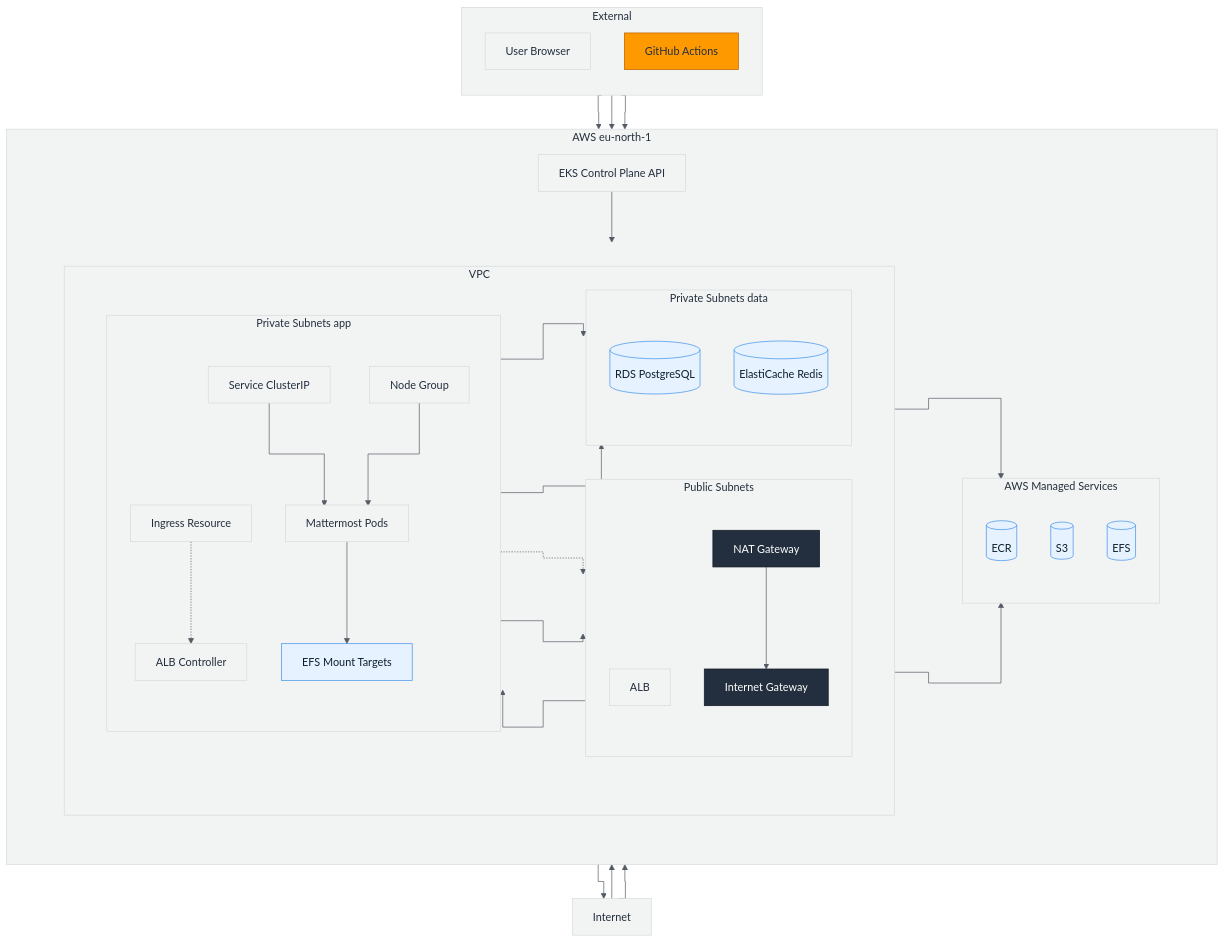
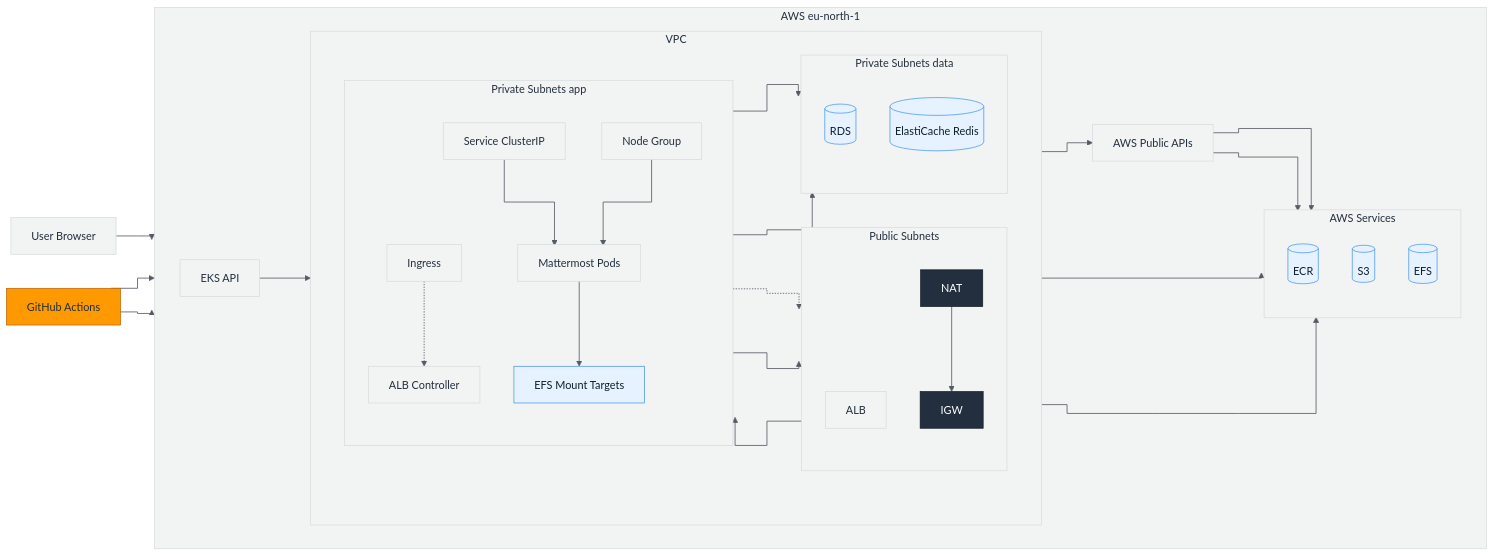
One commit to saeed0000000/project-mattermost changed the diagram in docs/architecture-diagram.md. Above: the diagram before and after it, drawn with Mermaid.

Commit message:
docs: simplify architecture diagram for cleaner routing

````diff
--- a/docs/architecture-diagram.md
+++ b/docs/architecture-diagram.md
@@ -10,67 +10,65 @@
   'tertiaryColor':'#F2F3F3'
 },'flowchart':{'curve':'stepAfter'}}}%%
 
-flowchart TB
-  %% External actors
-  subgraph ext[External]
-    direction TB
-    user[User Browser]
-    gha[GitHub Actions]
-  end
-
-  internet[Internet]
+flowchart LR
+  %% External
+  user[User Browser]
+  gha[GitHub Actions]
 
   subgraph aws[AWS eu-north-1]
-    direction TB
-    ekscp[EKS Control Plane API]
+    direction LR
 
-    subgraph row[ ]
+    ekscp[EKS API]
+
+    subgraph vpc[VPC]
       direction LR
 
-      subgraph vpc[VPC]
-        direction LR
-
-        subgraph pub[Public Subnets]
-          direction TB
-          alb[ALB]
-          nat[NAT Gateway]
-          igw[Internet Gateway]
-        end
-
-        subgraph privApp[Private Subnets app]
-          direction TB
-          ing[Ingress Resource]
-          lbc[ALB Controller]
-          svc[Service ClusterIP]
-          mm[Mattermost Pods]
-          ng[Node Group]
-          efsmt[EFS Mount Targets]
-        end
-
-        subgraph privData[Private Subnets data]
-          direction TB
-          rds[(RDS PostgreSQL)]
-          cache[(ElastiCache Redis)]
-        end
+      subgraph pub[Public Subnets]
+        direction TB
+        alb[ALB]
+        nat[NAT]
+        igw[IGW]
       end
 
-      subgraph services[AWS Managed Services]
+      subgraph privApp[Private Subnets app]
         direction TB
-        ecr[(ECR)]
-        s3[(S3)]
-        efs[(EFS)]
+        ing[Ingress]
+        lbc[ALB Controller]
+        svc[Service ClusterIP]
+        mm[Mattermost Pods]
+        ng[Node Group]
+        efsmt[EFS Mount Targets]
       end
+
+      subgraph privData[Private Subnets data]
+        direction TB
+        rds[(RDS)]
+        cache[(ElastiCache Redis)]
+      end
+    end
+
+    awsapi[AWS Public APIs]
+
+    subgraph services[AWS Services]
+      direction TB
+      ecr[(ECR)]
+      s3[(S3)]
+      efs[(EFS)]
     end
   end
 
-  %% Traffic path
+  %% Traffic
   user --> alb --> svc --> mm
 
-  %% Ingress provisions ALB via the controller (conceptual)
+  %% Ingress provisions ALB (conceptual)
   ing -.-> lbc
   lbc -.-> alb
 
-  %% Control plane schedules workloads onto nodes
+  %% CI/CD
+  gha --> ecr
+  gha --> ekscp
+
+  %% Scheduling
   ekscp --> ng --> mm
 
   %% App dependencies
@@ -79,15 +77,10 @@
   mm --> s3
   mm --> efsmt --> efs
 
-  %% CI/CD
-  gha --> ecr
-  gha --> ekscp
-
-  %% Image pulls / outbound to AWS services (no VPC endpoints)
-  ng --> nat --> igw
-  igw --> internet
-  internet --> ecr
-  internet --> s3
+  %% Outbound to AWS APIs (no VPC endpoints)
+  ng --> nat --> igw --> awsapi
+  awsapi --> ecr
+  awsapi --> s3
 
   %% Styling
   classDef awsfill fill:#FF9900,stroke:#B85E00,color:#232F3E;
@@ -95,15 +88,13 @@
   classDef light fill:#F2F3F3,stroke:#D5DBDB,color:#232F3E;
   classDef data fill:#E6F2FF,stroke:#3B8EEA,color:#0B1F2A;
 
-  class ext,aws,vpc,pub,privApp,privData,services light;
+  class aws,vpc,pub,privApp,privData,services light;
   class igw,nat dark;
   class gha awsfill;
   class user light;
-  class internet light;
-  class ekscp light;
+  class ekscp,awsapi light;
   class alb,ng,lbc,ing,svc,mm light;
   class rds,cache,ecr,s3,efs,efsmt data;
 
-  %% Hide the helper layout container
-  style row fill:transparent,stroke:transparent
+  linkStyle default stroke:#545B64,stroke-width:1.2px
 ```
````
